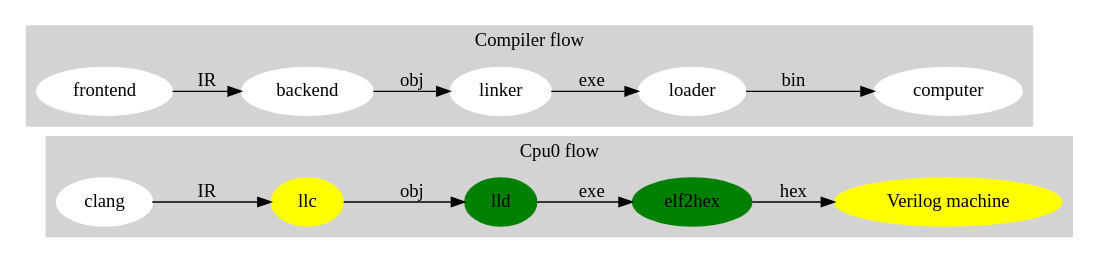
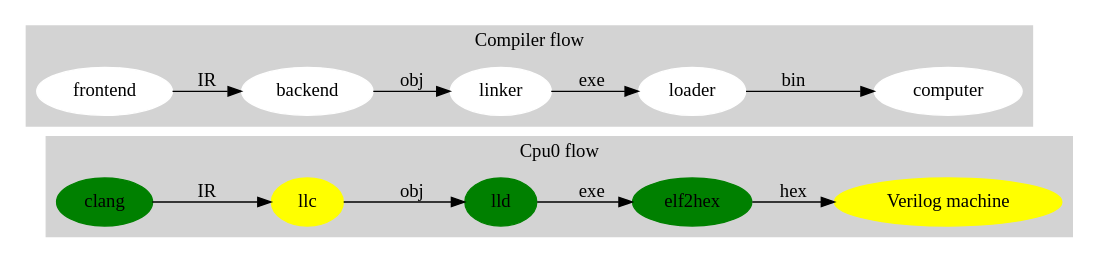
Before and after one commit to Jonathan2251/lbt: the diagram in Fig/about/mywork_1.gv, drawn with Graphviz. The commit also changed 9 other files, not shown here.

```diff
--- a/Fig/about/mywork_1.gv
+++ b/Fig/about/mywork_1.gv
@@ -1,27 +1,27 @@
 digraph G {
 
 	rankdir=LR;
 	subgraph cluster_1 {
 		style=filled;
 		color=lightgrey;
 		label = "Cpu0 flow";
-		node [style=filled,color=white]; clang;
+		node [style=filled,color=green]; clang;
 		node [style=filled,color=yellow]; llc, "Verilog machine";
 		node [style=filled,color=green]; lld, elf2hex;
 	    clang -> llc [ label = "IR" ];
 	    llc -> lld [ label = "obj" ];
 	    lld -> elf2hex [ label = "exe" ];
 	    elf2hex -> "Verilog machine" [ label = "hex" ];
 	}
 	subgraph cluster_0 {
 		style=filled;
 		label = "Compiler flow";
 		node [style=filled,color=white]; frontend, backend, linker, loader, computer;
 	    frontend -> backend [ label = "IR" ];
 	    backend -> linker [ label = "obj" ];
 	    linker -> loader [ label = "exe" ];
 	    loader -> computer [ label = "bin" ];
 		color=lightgrey
 	}
 
 }
```
